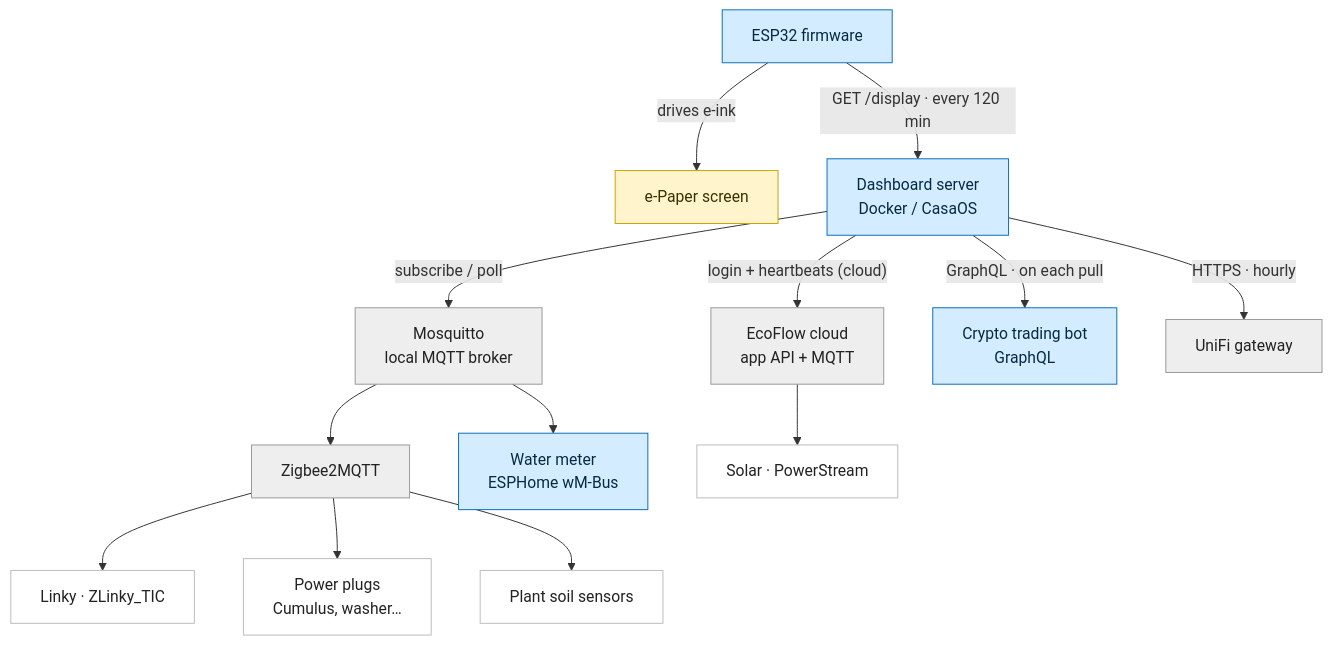
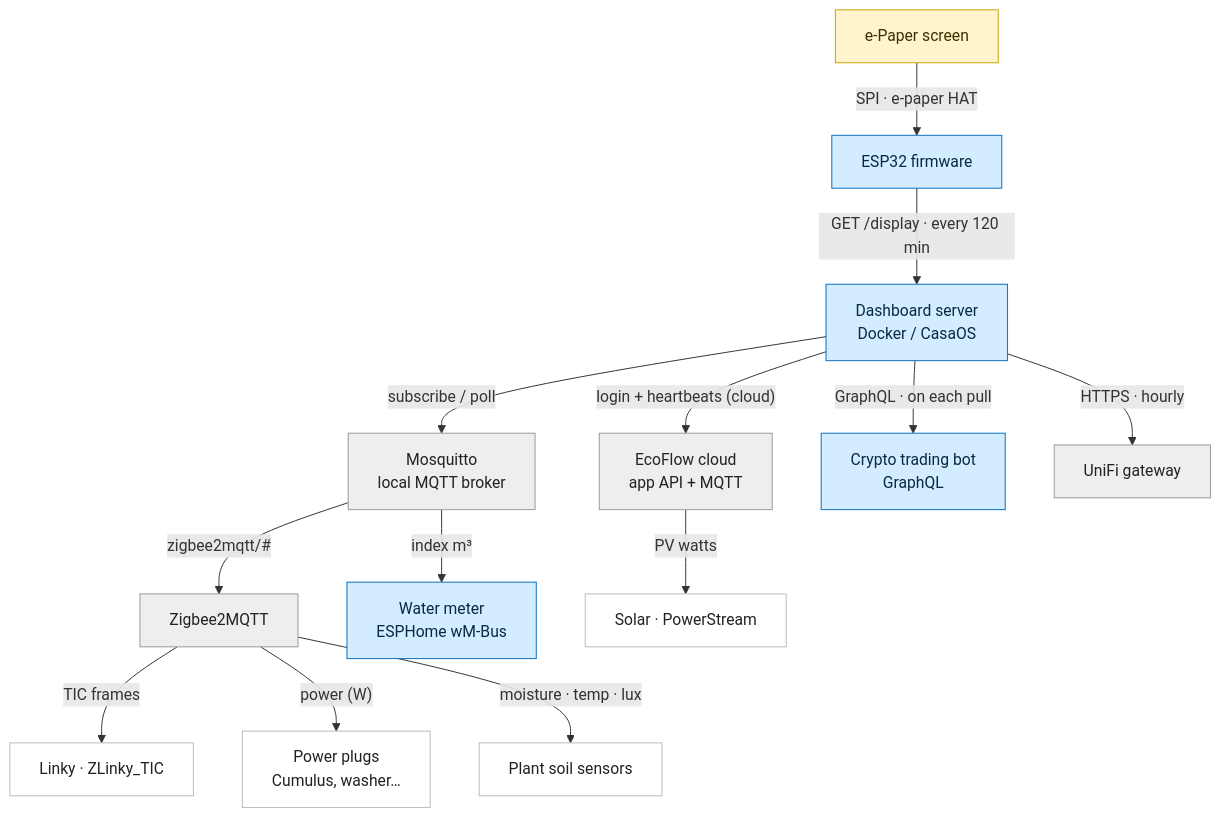
The diagram in README.md (moifort/home-dashboard), drawn with Mermaid before and after one commit.

Commit message:
docs: put the e-paper screen at the top of the architecture diagram, label every arrow
The screen is now the root node (top), the ESP32 below it, then the server
and its sources. Every edge carries a label (SPI, zigbee2mqtt/#, TIC frames,
power, moisture/temp/lux, index m³, PV watts) — no more unlabeled arrows.

````diff
--- a/README.md
+++ b/README.md
@@ -19,38 +19,38 @@
 ```mermaid
 flowchart TD
+    SCREEN["e-Paper screen"]:::hw
     ESP["ESP32 firmware"]:::mine
-    SCREEN["e-Paper screen"]:::hw
     SERVER["Dashboard server<br/>Docker / CasaOS"]:::mine
 
-    ESP -->|drives e-ink| SCREEN
+    SCREEN -->|"SPI · e-paper HAT"| ESP
     ESP -->|"GET /display · every 120 min"| SERVER
 
     MOSQ["Mosquitto<br/>local MQTT broker"]:::ext
     Z2M["Zigbee2MQTT"]:::ext
     LINKY["Linky · ZLinky_TIC"]:::dev
     PLUGS["Power plugs<br/>Cumulus, washer…"]:::dev
     PLANTS["Plant soil sensors"]:::dev
     WATER["Water meter<br/>ESPHome wM-Bus"]:::mine
 
-    SERVER -->|subscribe / poll| MOSQ
-    MOSQ --> Z2M
-    MOSQ --> WATER
-    Z2M --> LINKY
-    Z2M --> PLUGS
-    Z2M --> PLANTS
+    SERVER -->|"subscribe / poll"| MOSQ
+    MOSQ -->|"zigbee2mqtt/#"| Z2M
+    MOSQ -->|"index m³"| WATER
+    Z2M -->|"TIC frames"| LINKY
+    Z2M -->|"power (W)"| PLUGS
+    Z2M -->|"moisture · temp · lux"| PLANTS
 
     ECO["EcoFlow cloud<br/>app API + MQTT"]:::ext
     PV["Solar · PowerStream"]:::dev
     SERVER -->|"login + heartbeats (cloud)"| ECO
-    ECO --> PV
+    ECO -->|"PV watts"| PV
 
     CRYPTO["Crypto trading bot<br/>GraphQL"]:::mine
     UNIFI["UniFi gateway"]:::ext
     SERVER -->|"GraphQL · on each pull"| CRYPTO
     SERVER -->|"HTTPS · hourly"| UNIFI
 
     classDef mine fill:#d4ecff,stroke:#0a6ebd,color:#062a44;
     classDef ext  fill:#eeeeee,stroke:#999999,color:#222222;
     classDef dev  fill:#ffffff,stroke:#bbbbbb,color:#222222;
     classDef hw   fill:#fff4cc,stroke:#caa300,color:#3a3000;
 ```
````
